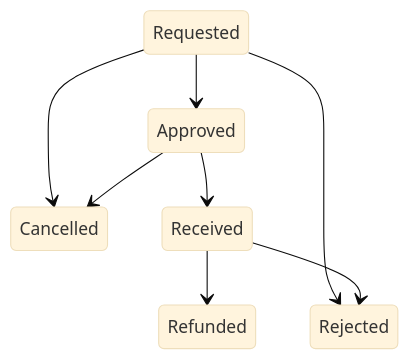
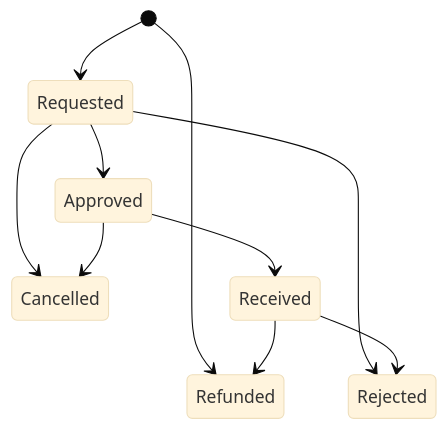
Before and after one commit to juanluelguerre/tendero: the tenth of 17 diagrams in docs/domain-model.md, drawn with Mermaid (base theme). The commit also changed other lines of this file and 15 other files, not shown here.

````diff
--- a/docs/domain-model.md
+++ b/docs/domain-model.md
@@ -886,10 +897,12 @@
 ```mermaid
 stateDiagram-v2
+    [*] --> Requested
+    [*] --> Refunded
     Requested --> Approved
     Requested --> Rejected
     Requested --> Cancelled
     Approved --> Received
     Approved --> Cancelled
     Received --> Refunded
     Received --> Rejected
 ```
````
